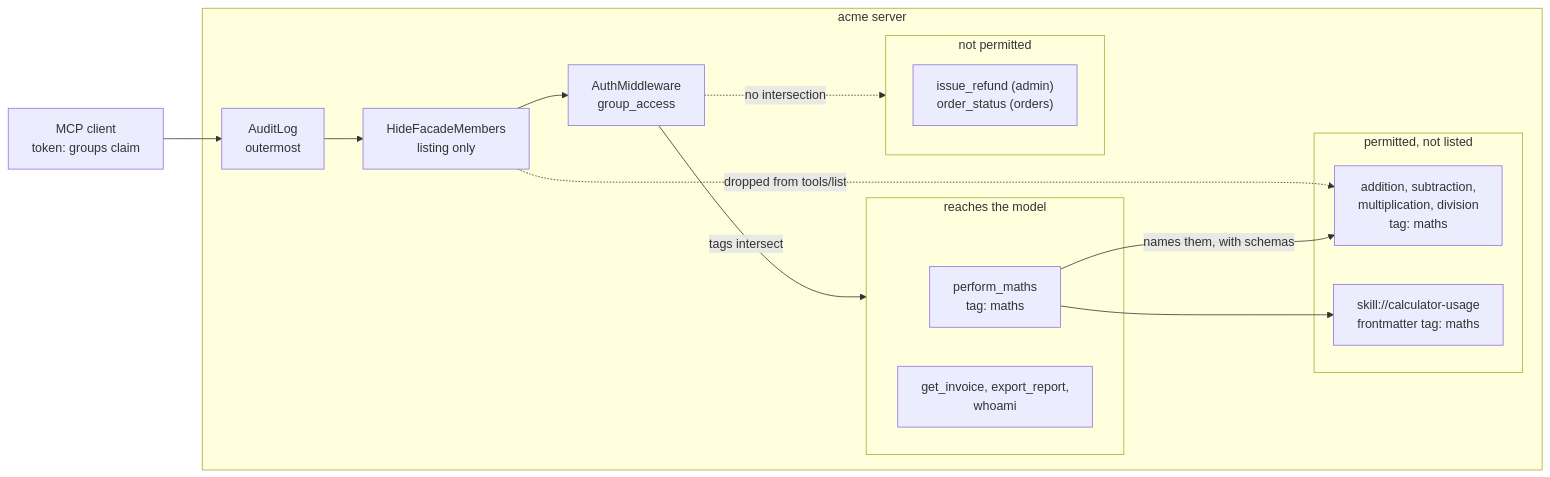
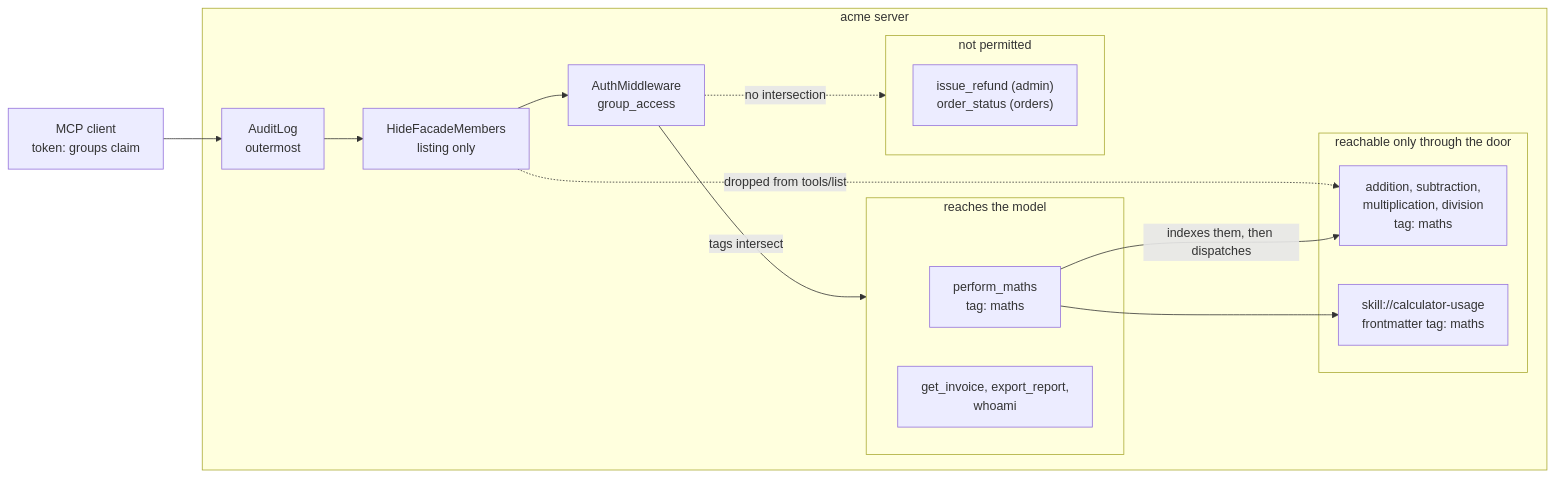
Before and after one commit to MattJColes/acme-mcp: the first of 2 diagrams in docs/tool-grouping.md, drawn with Mermaid. The commit also changed other lines of this file and 4 other files, not shown here.

First line of the commit message:
fix: route facade members instead of only hiding them

````diff
--- a/docs/tool-grouping.md
+++ b/docs/tool-grouping.md
@@ -53,31 +56,31 @@
 ```mermaid
 flowchart LR
     caller["MCP client<br/>token: groups claim"]
 
     subgraph server["acme server"]
         audit["AuditLog<br/>outermost"]
         hide["HideFacadeMembers<br/>listing only"]
         authmw["AuthMiddleware<br/>group_access"]
 
         subgraph listed["reaches the model"]
             facade["perform_maths<br/>tag: maths"]
             rest["get_invoice, export_report,<br/>whoami"]
         end
 
-        subgraph reachable["permitted, not listed"]
+        subgraph reachable["reachable only through the door"]
             members["addition, subtraction,<br/>multiplication, division<br/>tag: maths"]
             skill["skill://calculator-usage<br/>frontmatter tag: maths"]
         end
 
         subgraph denied["not permitted"]
             other["issue_refund (admin)<br/>order_status (orders)"]
         end
     end
 
     caller --> audit --> hide --> authmw
     authmw -->|tags intersect| listed
     authmw -.->|no intersection| denied
     hide -.->|"dropped from tools/list"| members
-    facade -->|"names them, with schemas"| members
+    facade -->|"indexes them, then dispatches"| members
     facade --> skill
 ```
````
